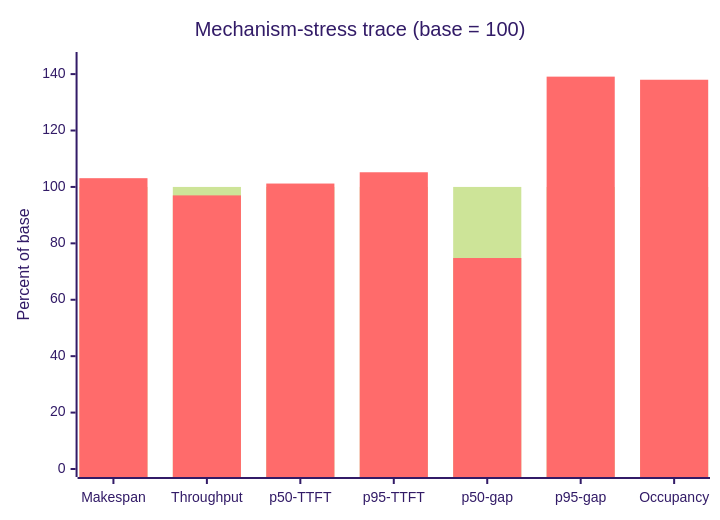
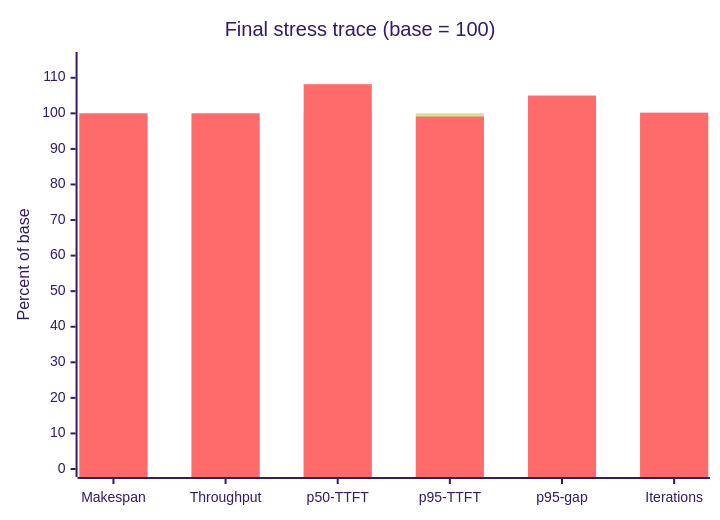
One commit to Virgile-pct/mesh-llm changed the second of 2 diagrams in docs/skippy/MIXED_PREFILL_DECODE_STUDIO54.md. Above: the diagram before and after it, drawn with Mermaid (forest theme). The commit also changed other lines of this file and 1 other file, not shown here.

````diff
--- a/docs/skippy/MIXED_PREFILL_DECODE_STUDIO54.md
+++ b/docs/skippy/MIXED_PREFILL_DECODE_STUDIO54.md
@@ -59,8 +75,8 @@
 ```mermaid
 xychart-beta
-    title "Mechanism-stress trace (base = 100)"
-    x-axis [Makespan, Throughput, p50-TTFT, p95-TTFT, p50-gap, p95-gap, Occupancy]
-    y-axis "Percent of base" 0 --> 145
-    bar [100, 100, 100, 100, 100, 100, 100]
-    bar [103.1, 97.0, 101.2, 105.2, 74.8, 139.1, 138.0]
+    title "Final stress trace (base = 100)"
+    x-axis [Makespan, Throughput, p50-TTFT, p95-TTFT, p95-gap, Iterations]
+    y-axis "Percent of base" 0 --> 115
+    bar [100, 100, 100, 100, 100, 100]
+    bar [100.0, 100.0, 108.2, 99.1, 105.0, 100.2]
 ```
````
